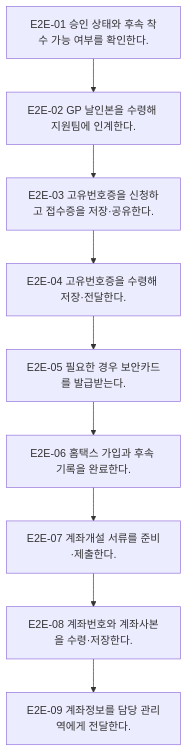
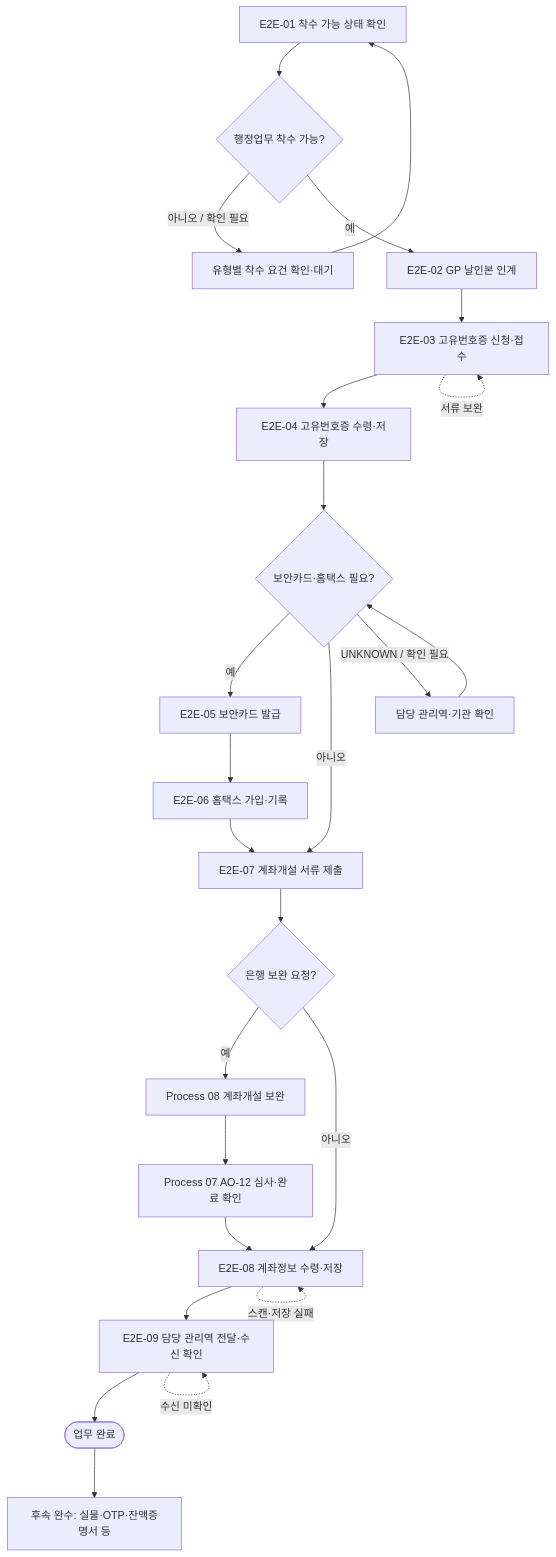
The diagram in processes/00-end-to-end.md (sjjeong-tech/orca_automation), drawn with Mermaid before and after one commit. The commit also changed other lines of this file and 7 other files, not shown here.

````diff
--- a/processes/00-end-to-end.md
+++ b/processes/00-end-to-end.md
@@ -101,20 +134,22 @@
 ```mermaid
 flowchart TD
-    A["E2E-01 승인 상태와 후속 착수 가능 여부를 확인한다."]
-    B["E2E-02 GP 날인본을 수령해 지원팀에 인계한다."]
-    C["E2E-03 고유번호증을 신청하고 접수증을 저장·공유한다."]
-    D["E2E-04 고유번호증을 수령해 저장·전달한다."]
-    E["E2E-05 필요한 경우 보안카드를 발급받는다."]
-    F["E2E-06 홈택스 가입과 후속 기록을 완료한다."]
-    G["E2E-07 계좌개설 서류를 준비·제출한다."]
-    H["E2E-08 계좌번호와 계좌사본을 수령·저장한다."]
-    I["E2E-09 계좌정보를 담당 관리역에게 전달한다."]
-    A --> B
-    B --> C
-    C --> D
-    D --> E
-    E --> F
-    F --> G
-    G --> H
-    H --> I
+    T01["E2E-01 착수 가능 상태 확인"] --> D01{"행정업무 착수 가능?"}
+    D01 -- "아니오 / 확인 필요" --> W01["유형별 착수 요건 확인·대기"] --> T01
+    D01 -- "예" --> T02["E2E-02 GP 날인본 인계"]
+    T02 --> T03["E2E-03 고유번호증 신청·접수"]
+    T03 --> T04["E2E-04 고유번호증 수령·저장"]
+    T04 --> D02{"보안카드·홈택스 필요?"}
+    D02 -- "예" --> T05["E2E-05 보안카드 발급"] --> T06["E2E-06 홈택스 가입·기록"]
+    D02 -- "아니오" --> T07
+    D02 -- "UNKNOWN / 확인 필요" --> U02["담당 관리역·기관 확인"] --> D02
+    T06 --> T07["E2E-07 계좌개설 서류 제출"]
+    T07 --> D03{"은행 보완 요청?"}
+    D03 -- "예" --> AS["Process 08 계좌개설 보완"] --> AO12["Process 07 AO-12 심사·완료 확인"] --> T08
+    D03 -- "아니오" --> T08["E2E-08 계좌정보 수령·저장"]
+    T08 --> T09["E2E-09 담당 관리역 전달·수신 확인"]
+    T09 --> DONE(["업무 완료"])
+    DONE --> FOLLOW["후속 완수: 실물·OTP·잔액증명서 등"]
+    T03 -. "서류 보완" .-> T03
+    T08 -. "스캔·저장 실패" .-> T08
+    T09 -. "수신 미확인" .-> T09
 ```
````
